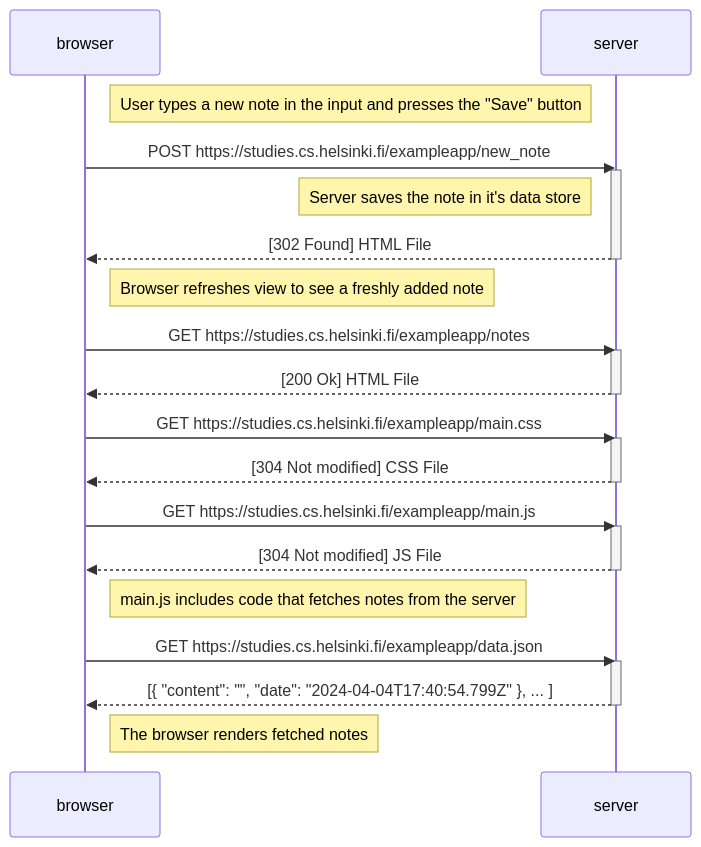
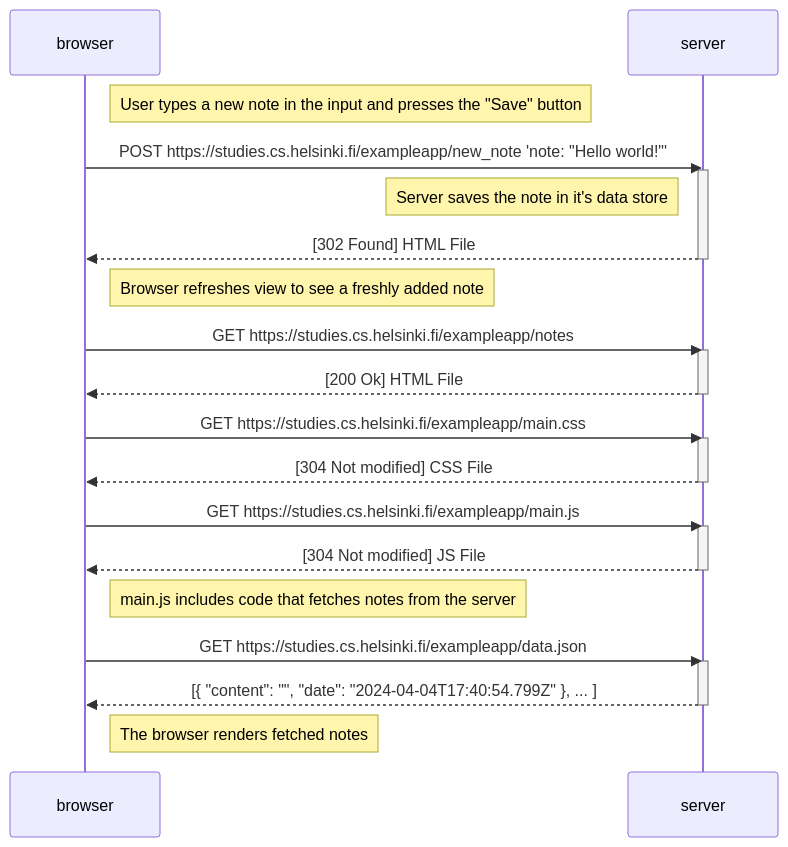
The diagram in part0/new_note_diagram.md (Attroid/fullstackopen-2024), drawn with Mermaid before and after one commit.

Commit message:
0.4: New note diagram | Append request body to POST

````diff
--- a/part0/new_note_diagram.md
+++ b/part0/new_note_diagram.md
@@ -1,36 +1,37 @@
 ```mermaid
 sequenceDiagram
     participant browser
     participant server
 
     Note right of browser: User types a new note in the input and presses the "Save" button
-    browser->>server: POST https://studies.cs.helsinki.fi/exampleapp/new_note
+    browser->>server: POST https://studies.cs.helsinki.fi/exampleapp/new_note 'note: "Hello world!"'
     activate server
     Note left of server: Server saves the note in it's data store
     server-->>browser: [302 Found] HTML File
     deactivate server
 
     Note right of browser: Browser refreshes view to see a freshly added note
     browser->>server: GET https://studies.cs.helsinki.fi/exampleapp/notes
     activate server
     server-->>browser: [200 Ok] HTML File
     deactivate server
 
     browser->>server: GET https://studies.cs.helsinki.fi/exampleapp/main.css
     activate server
     server-->>browser: [304 Not modified] CSS File
     deactivate server
 
     browser->>server: GET https://studies.cs.helsinki.fi/exampleapp/main.js
     activate server
     server-->>browser: [304 Not modified] JS File
     deactivate server
 
     Note right of browser: main.js includes code that fetches notes from the server
     browser->>server: GET https://studies.cs.helsinki.fi/exampleapp/data.json
     activate server
     server-->>browser: [{ "content": "", "date": "2024-04-04T17:40:54.799Z" }, ... ]
     deactivate server
 
     Note right of browser: The browser renders fetched notes
+
 ```
````
